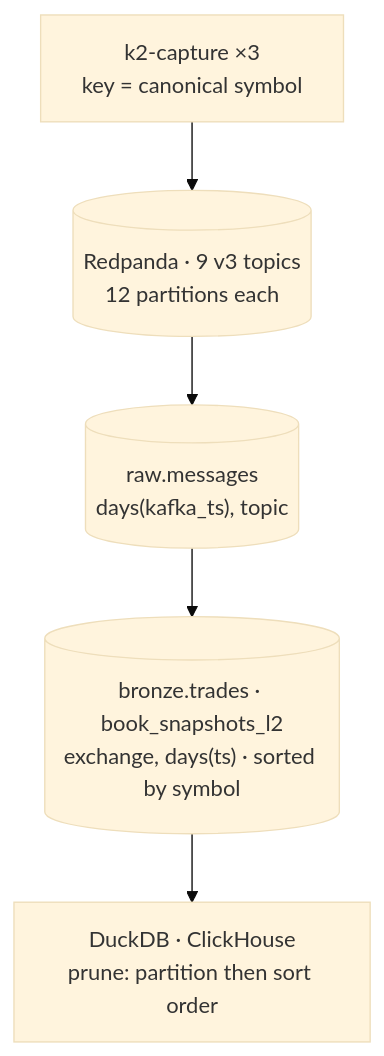
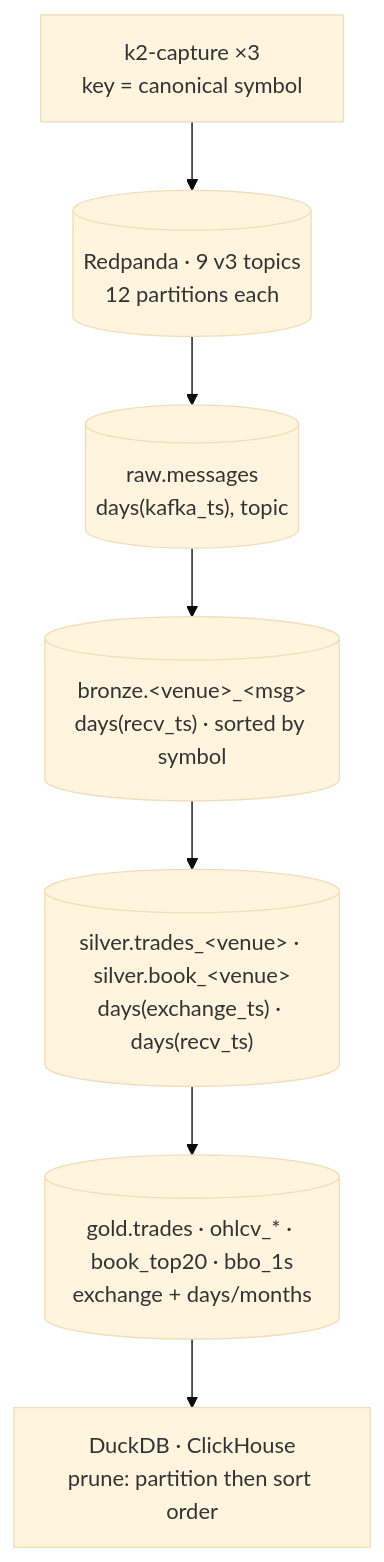
Before and after one commit to rjdscott/k2-market-data-platform: the diagram in docs/architecture/14-partitioning-strategy.md, drawn with Mermaid (base theme). The commit also changed other lines of this file and 22 other files, not shown here.

First line of the commit message:
docs(architecture): concept chapters, book voice for 04-11, review pass (#110)

````diff
--- a/docs/architecture/14-partitioning-strategy.md
+++ b/docs/architecture/14-partitioning-strategy.md
@@ -18,9 +17,11 @@
 ```mermaid
 flowchart TB
   CAP["k2-capture ×3<br/>key = canonical symbol"]
   RP[("Redpanda · 9 v3 topics<br/>12 partitions each")]
   RAW[("raw.messages<br/>days(kafka_ts), topic")]
-  BR[("bronze.trades · book_snapshots_l2<br/>exchange, days(ts) · sorted by symbol")]
+  BR[("bronze.&lt;venue&gt;_&lt;msg&gt;<br/>days(recv_ts) · sorted by symbol")]
+  SV[("silver.trades_&lt;venue&gt; · silver.book_&lt;venue&gt;<br/>days(exchange_ts) · days(recv_ts)")]
+  GD[("gold.trades · ohlcv_* · book_top20 · bbo_1s<br/>exchange + days/months")]
   Q["DuckDB · ClickHouse<br/>prune: partition then sort order"]
-  CAP --> RP --> RAW --> BR --> Q
+  CAP --> RP --> RAW --> BR --> SV --> GD --> Q
 ```
````
